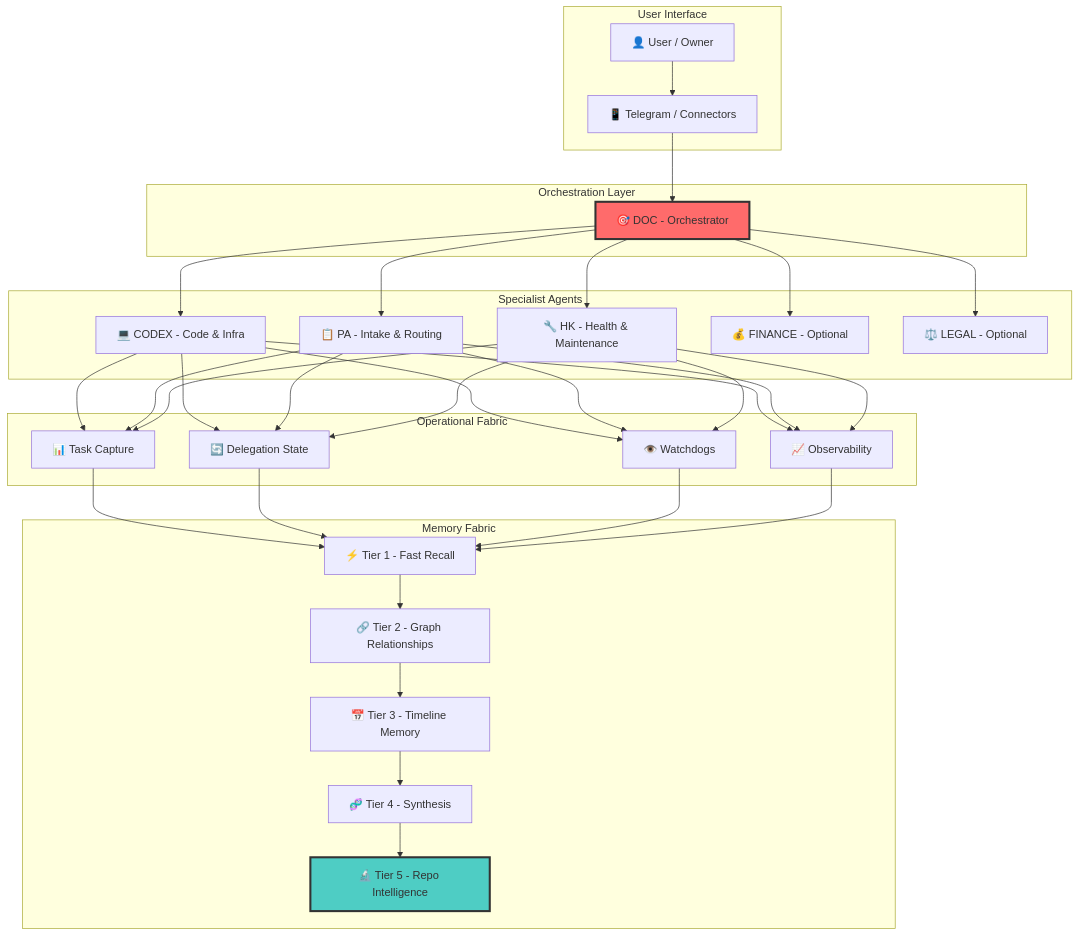
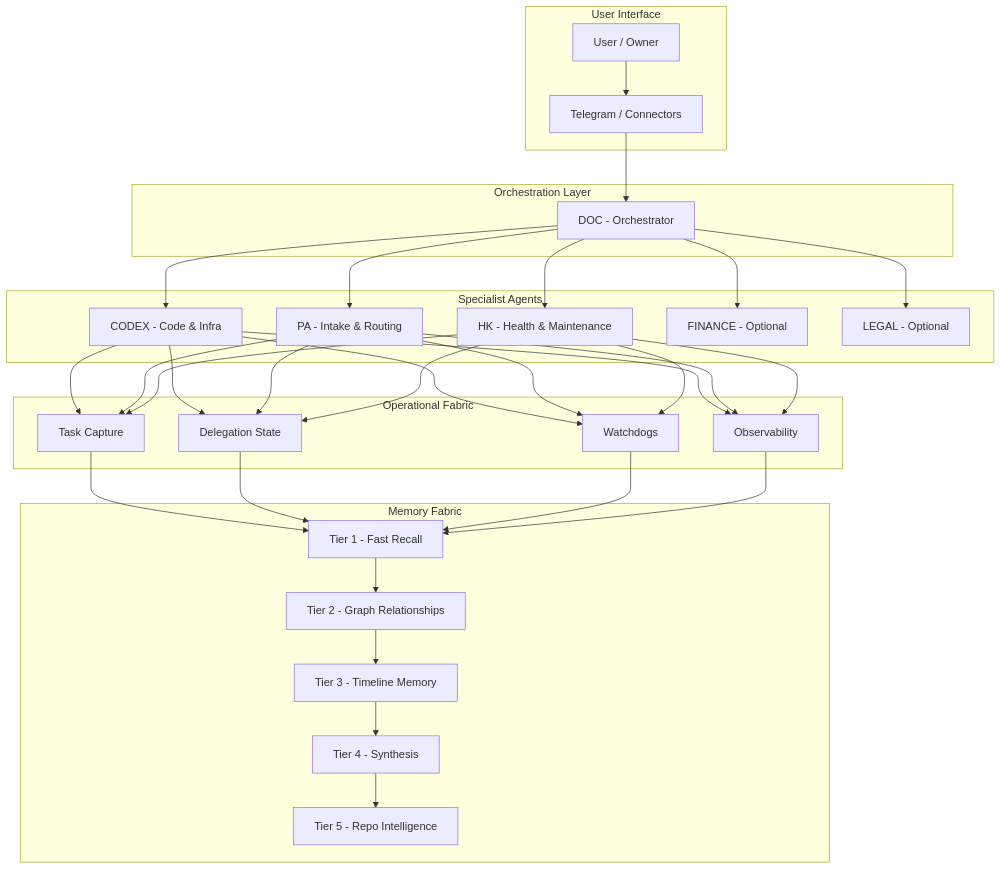
The diagram in README.md (alessiolidoz-hash/HyperClaw-Max), drawn with Mermaid before and after one commit. The commit also changed other lines of this file, not shown here.

Commit message:
docs: reorganize README around public install flow

````diff
--- a/README.md
+++ b/README.md
@@ -133,42 +248,39 @@
 ```mermaid
 graph TB
     subgraph "User Interface"
-        USER[👤 User / Owner]
-        TG[📱 Telegram / Connectors]
+        USER[User / Owner]
+        TG[Telegram / Connectors]
     end
-    
+
     subgraph "Orchestration Layer"
-        DOC[🎯 DOC - Orchestrator]
+        DOC[DOC - Orchestrator]
     end
-    
+
     subgraph "Specialist Agents"
-        CODEX[💻 CODEX - Code & Infra]
-        PA[📋 PA - Intake & Routing]
-        HK[🔧 HK - Health & Maintenance]
-        FIN[💰 FINANCE - Optional]
-        LEG[⚖️ LEGAL - Optional]
+        CODEX[CODEX - Code & Infra]
+        PA[PA - Intake & Routing]
+        HK[HK - Health & Maintenance]
+        FIN[FINANCE - Optional]
+        LEG[LEGAL - Optional]
     end
-    
+
     subgraph "Operational Fabric"
-        TASKS[📊 Task Capture]
-        DELEG[🔄 Delegation State]
-        WATCH[👁️ Watchdogs]
-        OBS[📈 Observability]
+        TASKS[Task Capture]
+        DELEG[Delegation State]
+        WATCH[Watchdogs]
+        OBS[Observability]
     end
-    
+
     subgraph "Memory Fabric"
-        T1[⚡ Tier 1 - Fast Recall]
-        T2[🔗 Tier 2 - Graph Relationships]
-        T3[📅 Tier 3 - Timeline Memory]
-        T4[🧬 Tier 4 - Synthesis]
-        T5[🔬 Tier 5 - Repo Intelligence]
+        T1[Tier 1 - Fast Recall]
+        T2[Tier 2 - Graph Relationships]
+        T3[Tier 3 - Timeline Memory]
+        T4[Tier 4 - Synthesis]
+        T5[Tier 5 - Repo Intelligence]
     end
-    
+
     USER --> TG --> DOC
     DOC --> CODEX & PA & HK & FIN & LEG
     CODEX & PA & HK --> TASKS & DELEG & WATCH & OBS
     TASKS & DELEG & WATCH & OBS --> T1 --> T2 --> T3 --> T4 --> T5
-    
-    style DOC fill:#ff6b6b,stroke:#333,stroke-width:3px
-    style T5 fill:#4ecdc4,stroke:#333,stroke-width:3px
 ```
````
